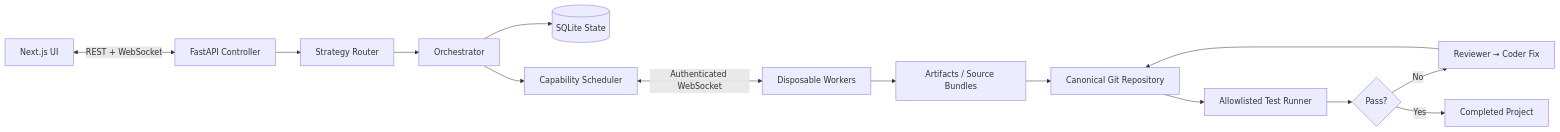
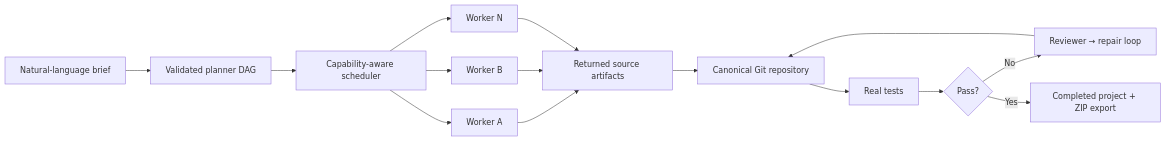
The first of 7 diagrams in README.md (Cyanex1702/AEGAEON-AI-Coding-Compute-Agent-Orchestrator), drawn with Mermaid before and after one commit. The commit also changed other lines of this file, not shown here.

````diff
--- a/README.md
+++ b/README.md
@@ -29,16 +47,17 @@
 ```mermaid
 flowchart LR
-    UI[Next.js UI] <-->|REST + WebSocket| C[FastAPI Controller]
-    C --> R[Strategy Router]
-    R --> O[Orchestrator]
-    O --> D[(SQLite State)]
-    O --> S[Capability Scheduler]
-    S <-->|Authenticated WebSocket| W[Disposable Workers]
-    W --> A[Artifacts / Source Bundles]
-    A --> G[Canonical Git Repository]
-    G --> T[Allowlisted Test Runner]
-    T --> V{Pass?}
-    V -->|No| X[Reviewer → Coder Fix]
-    X --> G
-    V -->|Yes| F[Completed Project]
+    B["Natural-language brief"] --> P["Validated planner DAG"]
+    P --> S["Capability-aware scheduler"]
+    S --> W1["Worker A"]
+    S --> W2["Worker B"]
+    S --> WN["Worker N"]
+    W1 --> A["Returned source artifacts"]
+    W2 --> A
+    WN --> A
+    A --> G["Canonical Git repository"]
+    G --> T["Real tests"]
+    T --> R{"Pass?"}
+    R -->|No| F["Reviewer → repair loop"]
+    F --> G
+    R -->|Yes| C["Completed project + ZIP export"]
 ```
````
